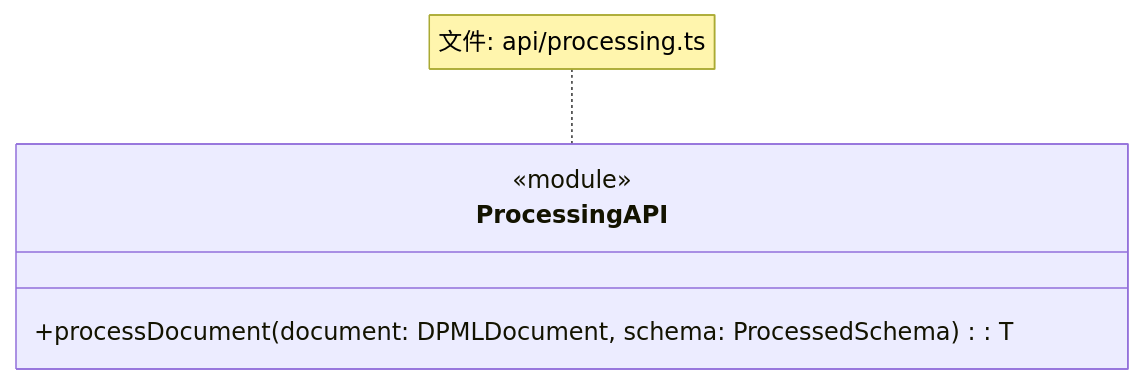
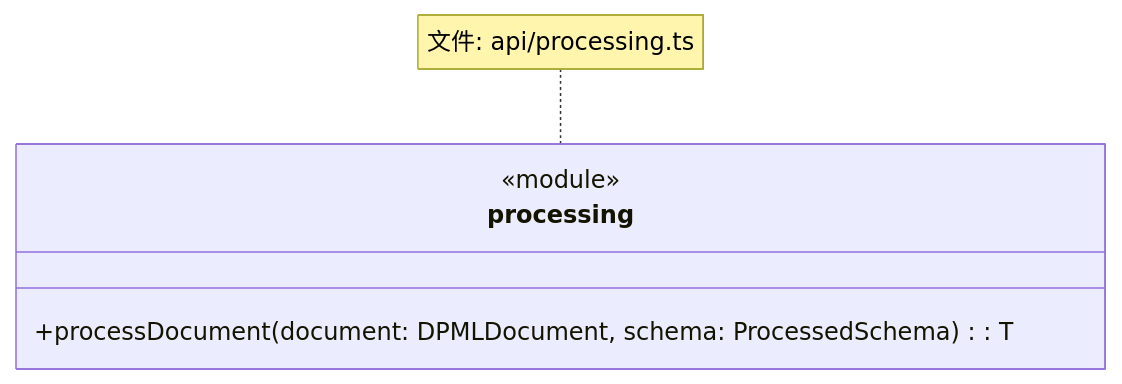
Before and after one commit to Deepractice/DPML: the first of 7 diagrams in packages/core/docs/product/Processing-Design.md, drawn with Mermaid. The commit also changed other lines of this file and 23 other files, not shown here.

````diff
--- a/packages/core/docs/product/Processing-Design.md
+++ b/packages/core/docs/product/Processing-Design.md
@@ -63,8 +63,8 @@
 ```mermaid
 classDiagram
-    class ProcessingAPI {
+    class processing {
         <<module>>
         +processDocument<T extends ProcessingResult = ProcessingResult>(document: DPMLDocument, schema: ProcessedSchema): T
     }
-    note for ProcessingAPI "文件: api/processing.ts"
+    note for processing "文件: api/processing.ts"
 ```
````
